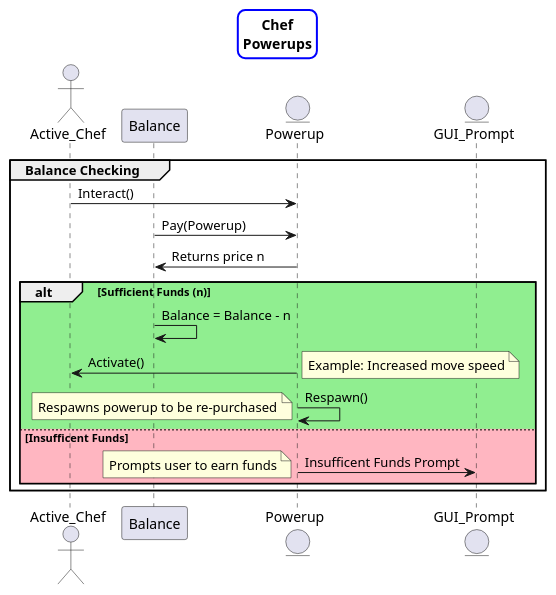
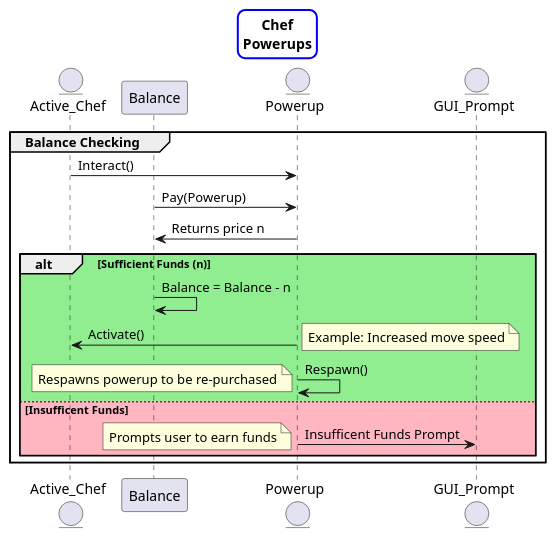
One commit to Runtime-Terrors-Team-5/-A2-UML changed the diagram in A2/A2 Architecture/Sequence Diagrams/Powerup.puml. Above: the diagram before and after it, drawn with PlantUML. The commit also changed 23 other files, not shown here.

First line of the commit message:
Altered and Exported A2 UML

```diff
--- a/A2/A2 Architecture/Sequence Diagrams/Powerup.puml
+++ b/A2/A2 Architecture/Sequence Diagrams/Powerup.puml
@@ -3,29 +3,29 @@
 @startuml
 skinparam titleBorderRoundCorner 15
 skinparam titleBorderThickness 2
 skinparam titleBorderColor blue
 title Chef\nPowerups
 
-actor Active_Chef as Chef
+entity Active_Chef as Chef
 participant Balance as Money
 entity Powerup as Power
 entity GUI_Prompt as GUI
 
 ' Checking for correct funds
 group Balance Checking
     Chef -> Power : Interact()
     Money -> Power : Pay(Powerup)
     Money <- Power : Returns price n
     ' Activates powerup / prompts user to earn money
     alt #LightGreen Sufficient Funds (n)
         Money -> Money : Balance = Balance - n
         Chef <- Power  : Activate()
         note right : Example: Increased move speed
         Power -> Power : Respawn()
         note left: Respawns powerup to be re-purchased
     else #LightPink Insufficent Funds
         Power -> GUI : Insufficent Funds Prompt
         note left: Prompts user to earn funds
     end
 end
 @enduml
```
